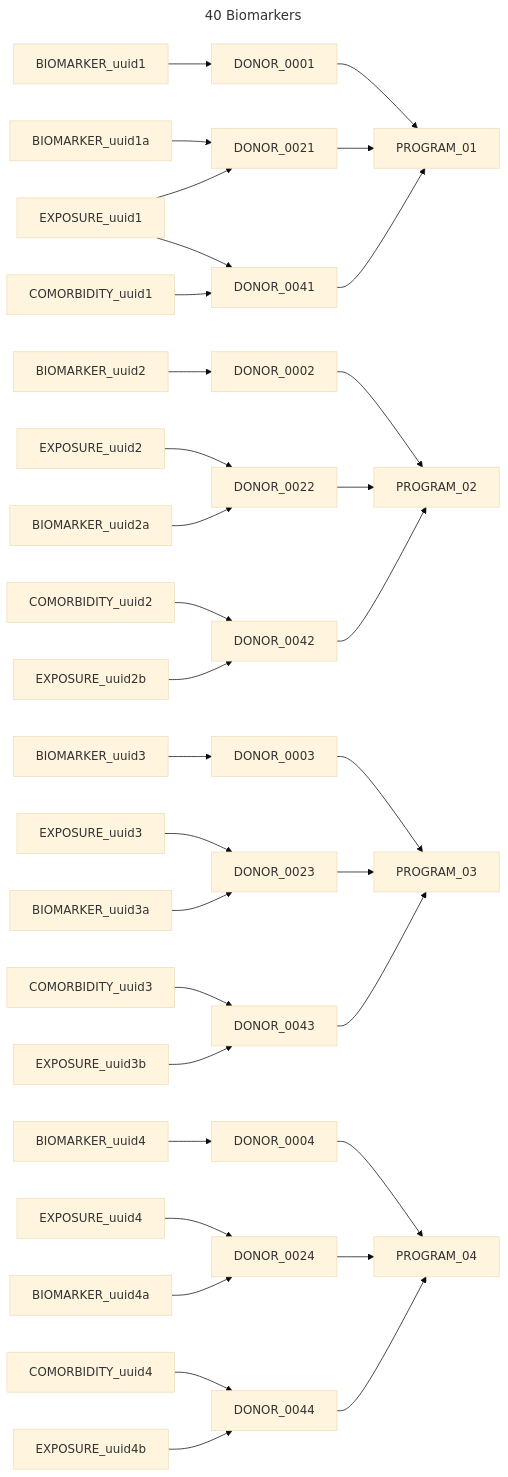
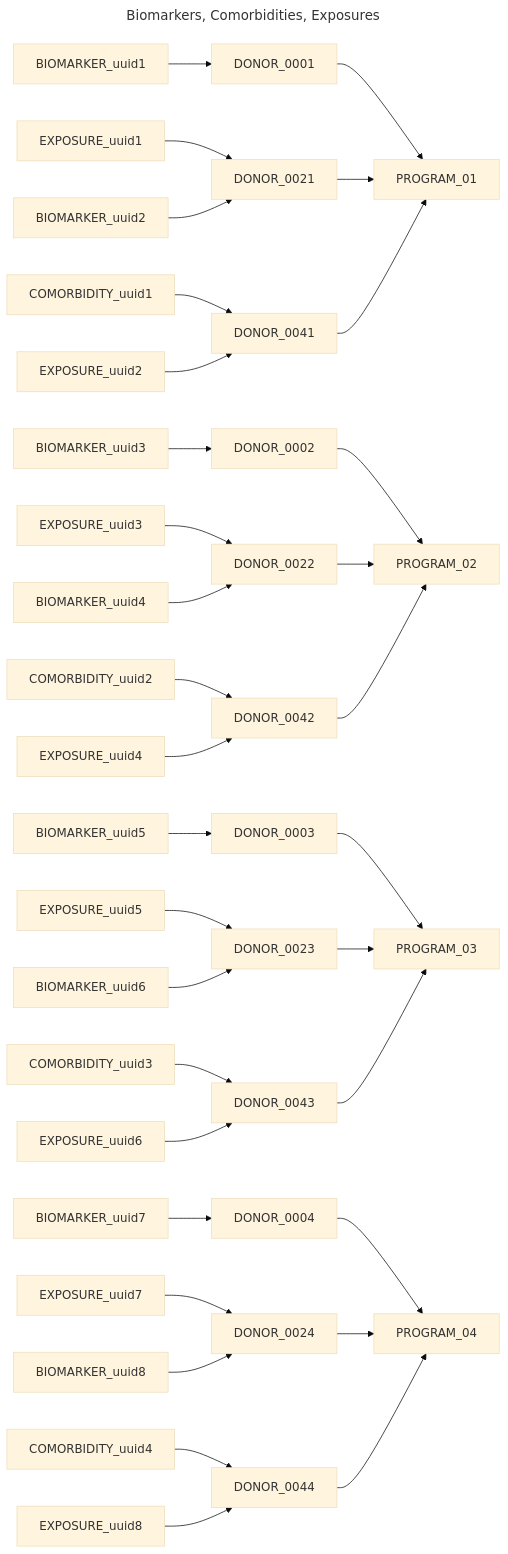
The fourth of 4 diagrams in chord_metadata_service/mohpackets/data/small_dataset/README.md (CanDIG/katsu), drawn with Mermaid (base theme) before and after one commit. The commit also changed other lines of this file, not shown here.

Commit message:
fix linking, titles

````diff
--- a/chord_metadata_service/mohpackets/data/small_dataset/README.md
+++ b/chord_metadata_service/mohpackets/data/small_dataset/README.md
@@ -135,26 +135,26 @@
 ```mermaid
 ---
-title: 40 Biomarkers
+title: Biomarkers, Comorbidities, Exposures
 ---
 graph LR;  
   BIOMARKER_uuid1 --> DONOR_0001 --> PROGRAM_01; 
   EXPOSURE_uuid1 --> DONOR_0021 --> PROGRAM_01;  
-  BIOMARKER_uuid1a --> DONOR_0021;
+  BIOMARKER_uuid2 --> DONOR_0021;
   COMORBIDITY_uuid1 --> DONOR_0041 --> PROGRAM_01;
-  EXPOSURE_uuid1 --> DONOR_0041;
-  BIOMARKER_uuid2 --> DONOR_0002 --> PROGRAM_02;  
-  EXPOSURE_uuid2 --> DONOR_0022 --> PROGRAM_02;
-  BIOMARKER_uuid2a --> DONOR_0022;
+  EXPOSURE_uuid2 --> DONOR_0041;
+  BIOMARKER_uuid3 --> DONOR_0002 --> PROGRAM_02;  
+  EXPOSURE_uuid3 --> DONOR_0022 --> PROGRAM_02;
+  BIOMARKER_uuid4 --> DONOR_0022;
   COMORBIDITY_uuid2 --> DONOR_0042 --> PROGRAM_02;
-  EXPOSURE_uuid2b --> DONOR_0042;
-  BIOMARKER_uuid3 --> DONOR_0003 --> PROGRAM_03;
-  EXPOSURE_uuid3 --> DONOR_0023 --> PROGRAM_03;
-  BIOMARKER_uuid3a --> DONOR_0023;
+  EXPOSURE_uuid4 --> DONOR_0042;
+  BIOMARKER_uuid5 --> DONOR_0003 --> PROGRAM_03;
+  EXPOSURE_uuid5 --> DONOR_0023 --> PROGRAM_03;
+  BIOMARKER_uuid6 --> DONOR_0023;
   COMORBIDITY_uuid3 --> DONOR_0043 --> PROGRAM_03;  
-  EXPOSURE_uuid3b --> DONOR_0043;
-  BIOMARKER_uuid4 --> DONOR_0004 --> PROGRAM_04;
-  EXPOSURE_uuid4 --> DONOR_0024 --> PROGRAM_04;
-  BIOMARKER_uuid4a --> DONOR_0024;
+  EXPOSURE_uuid6 --> DONOR_0043;
+  BIOMARKER_uuid7 --> DONOR_0004 --> PROGRAM_04;
+  EXPOSURE_uuid7 --> DONOR_0024 --> PROGRAM_04;
+  BIOMARKER_uuid8 --> DONOR_0024;
   COMORBIDITY_uuid4 --> DONOR_0044 --> PROGRAM_04;
-  EXPOSURE_uuid4b --> DONOR_0044;
+  EXPOSURE_uuid8 --> DONOR_0044;
 ```
````
